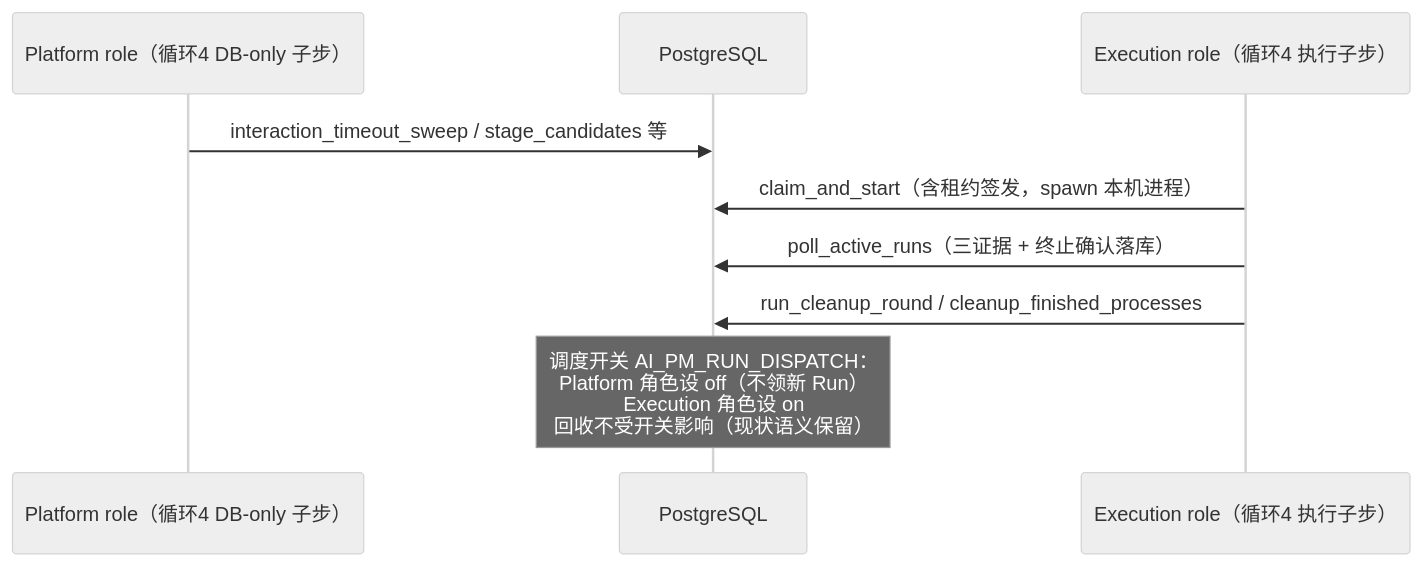
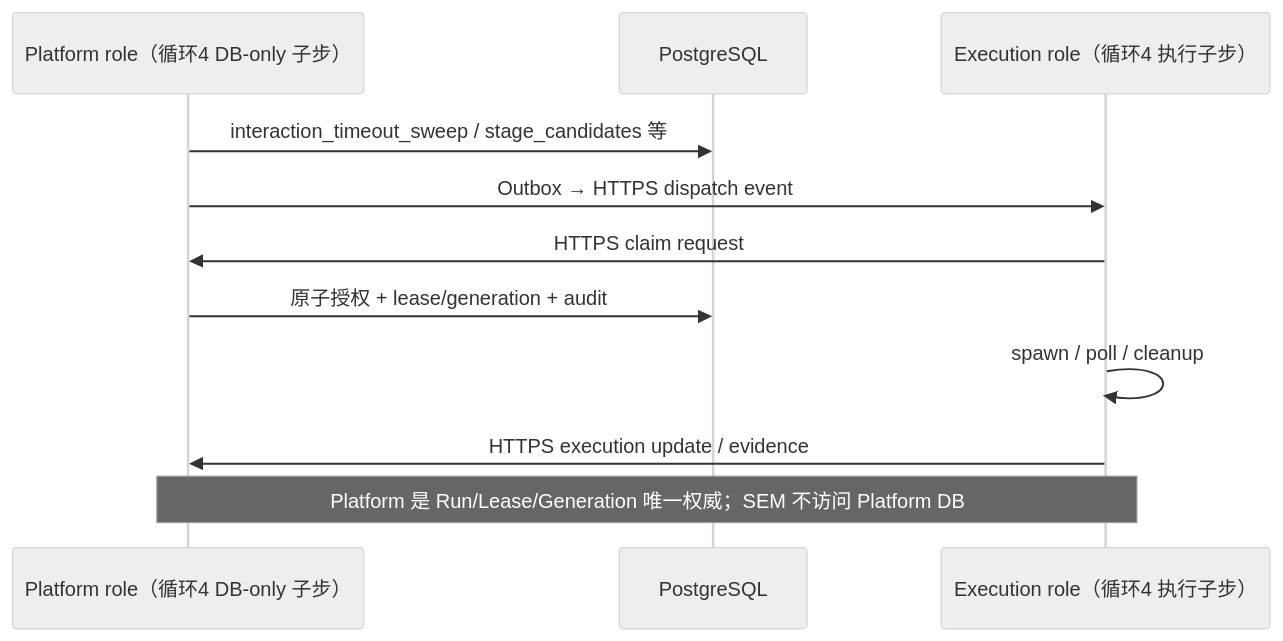
One commit to luqizheng/ai-pm changed the second of 2 diagrams in docs/architecture/server-execution-management/worker-role-separation.md. Above: the diagram before and after it, drawn with Mermaid (neutral theme). The commit also changed other lines of this file, not shown here.

Commit message:
docs(sem): make Platform authoritative for claims and leases

````diff
--- a/docs/architecture/server-execution-management/worker-role-separation.md
+++ b/docs/architecture/server-execution-management/worker-role-separation.md
@@ -69,11 +69,13 @@
 ```mermaid
 sequenceDiagram
     participant P as Platform role（循环4 DB-only 子步）
     participant DB as PostgreSQL
     participant S as Execution role（循环4 执行子步）
     P->>DB: interaction_timeout_sweep / stage_candidates 等
-    S->>DB: claim_and_start（含租约签发，spawn 本机进程）
-    S->>DB: poll_active_runs（三证据 + 终止确认落库）
-    S->>DB: run_cleanup_round / cleanup_finished_processes
-    Note over DB: 调度开关 AI_PM_RUN_DISPATCH：<br/>Platform 角色设 off（不领新 Run）<br/>Execution 角色设 on<br/>回收不受开关影响（现状语义保留）
+    P->>S: Outbox → HTTPS dispatch event
+    S->>P: HTTPS claim request
+    P->>DB: 原子授权 + lease/generation + audit
+    S->>S: spawn / poll / cleanup
+    S->>P: HTTPS execution update / evidence
+    Note over P,S: Platform 是 Run/Lease/Generation 唯一权威；SEM 不访问 Platform DB
 ```
````
